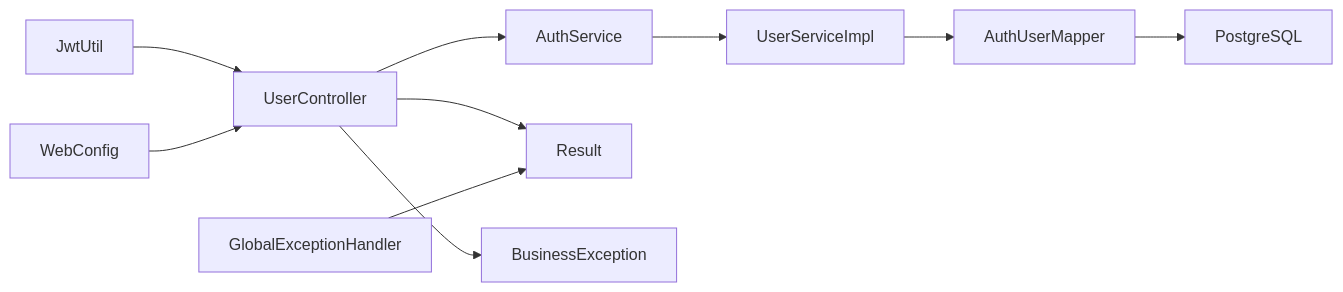
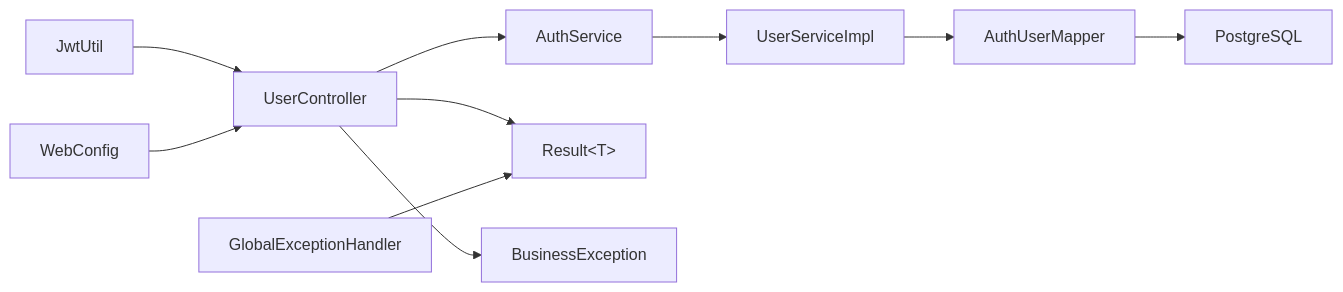
Before and after one commit to weepwood/MRR: the third of 3 diagrams in vitepress-doc/ai-generation/开发指南/代码规范.md, drawn with Mermaid. The commit also changed other lines of this file and 126 other files, not shown here.

````diff
--- a/vitepress-doc/ai-generation/开发指南/代码规范.md
+++ b/vitepress-doc/ai-generation/开发指南/代码规范.md
@@ -309,12 +309,12 @@
 ```mermaid
 graph LR
 Ctrl["UserController"] --> SvcI["AuthService"]
 SvcI --> SvcImpl["UserServiceImpl"]
 SvcImpl --> Mapper["AuthUserMapper"]
 Mapper --> DB["PostgreSQL"]
-Ctrl --> Result["Result<T>"]
+Ctrl --> Result["Result&lt;T&gt;"]
 Ctrl --> Ex["BusinessException"]
 Handler["GlobalExceptionHandler"] --> Result
 Jwt["JwtUtil"] --> Ctrl
 WebCfg["WebConfig"] --> Ctrl
 ```
````
